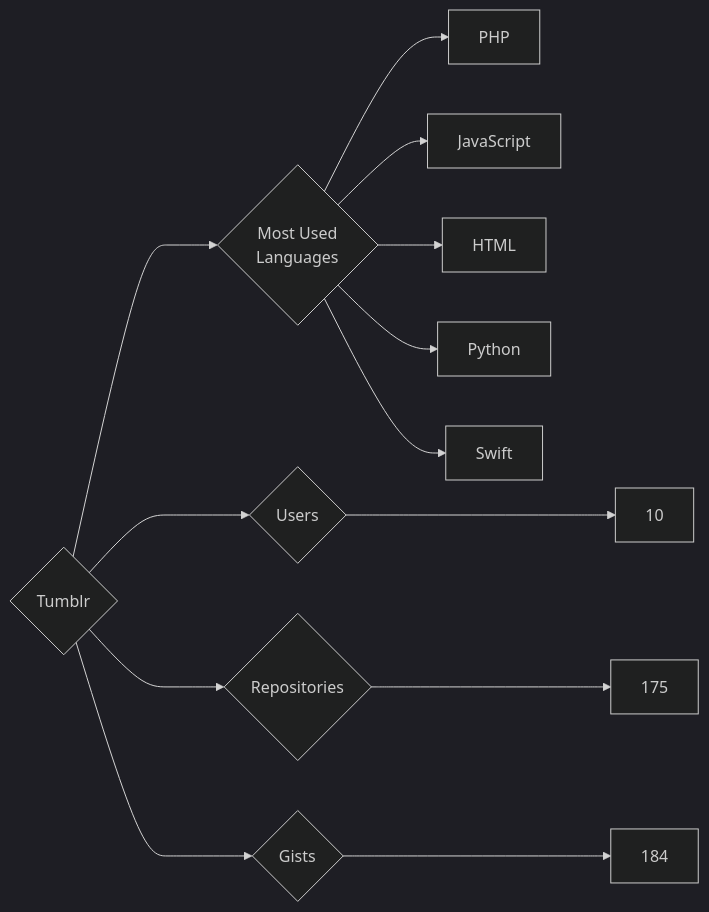
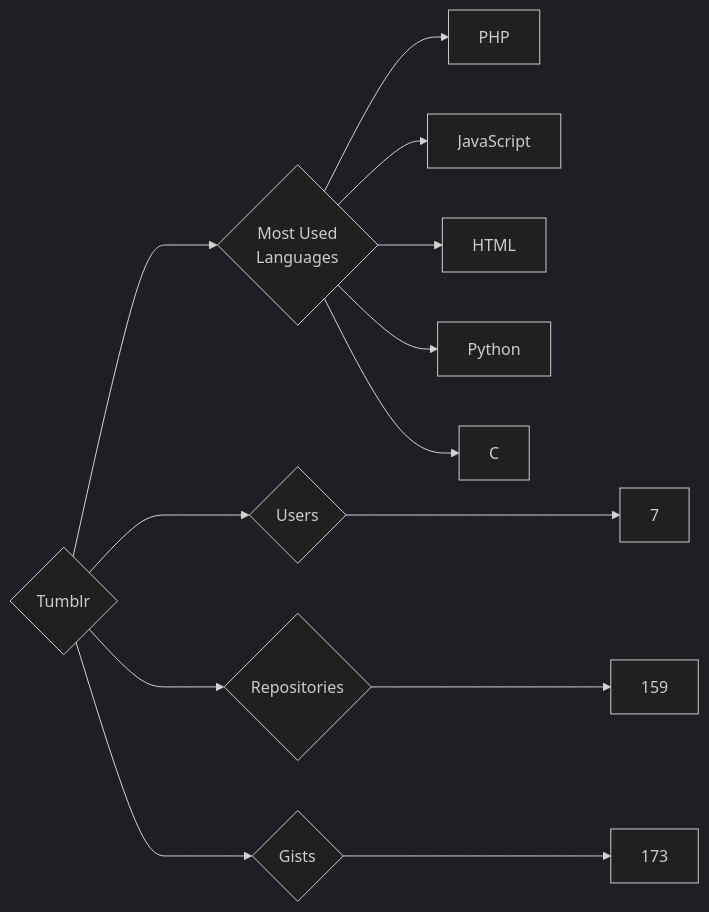
One commit to trickest/insiders changed the diagram in targets/Tumblr/README.md. Above: the diagram before and after it, drawn with Mermaid (dark theme). The commit also changed 815 other files, not shown here.

````diff
--- a/targets/Tumblr/README.md
+++ b/targets/Tumblr/README.md
@@ -3,13 +3,13 @@
 ```mermaid
 graph LR
 COMPANY_NAME{Tumblr}
-COMPANY_NAME ---> U{Users} ---> UN[10]
-COMPANY_NAME ---> R{Repositories} ---> RN[175]
-COMPANY_NAME ---> G{Gists} ---> GN[184]
+COMPANY_NAME ---> U{Users} ---> UN[7]
+COMPANY_NAME ---> R{Repositories} ---> RN[159]
+COMPANY_NAME ---> G{Gists} ---> GN[173]
 COMPANY_NAME ---> ML{Most Used<br>Languages}
 ML --> PHP[PHP]
 ML --> JavaScript[JavaScript]
 ML --> HTML[HTML]
 ML --> Python[Python]
-ML --> Swift[Swift]
+ML --> C[C]
 ```
````
